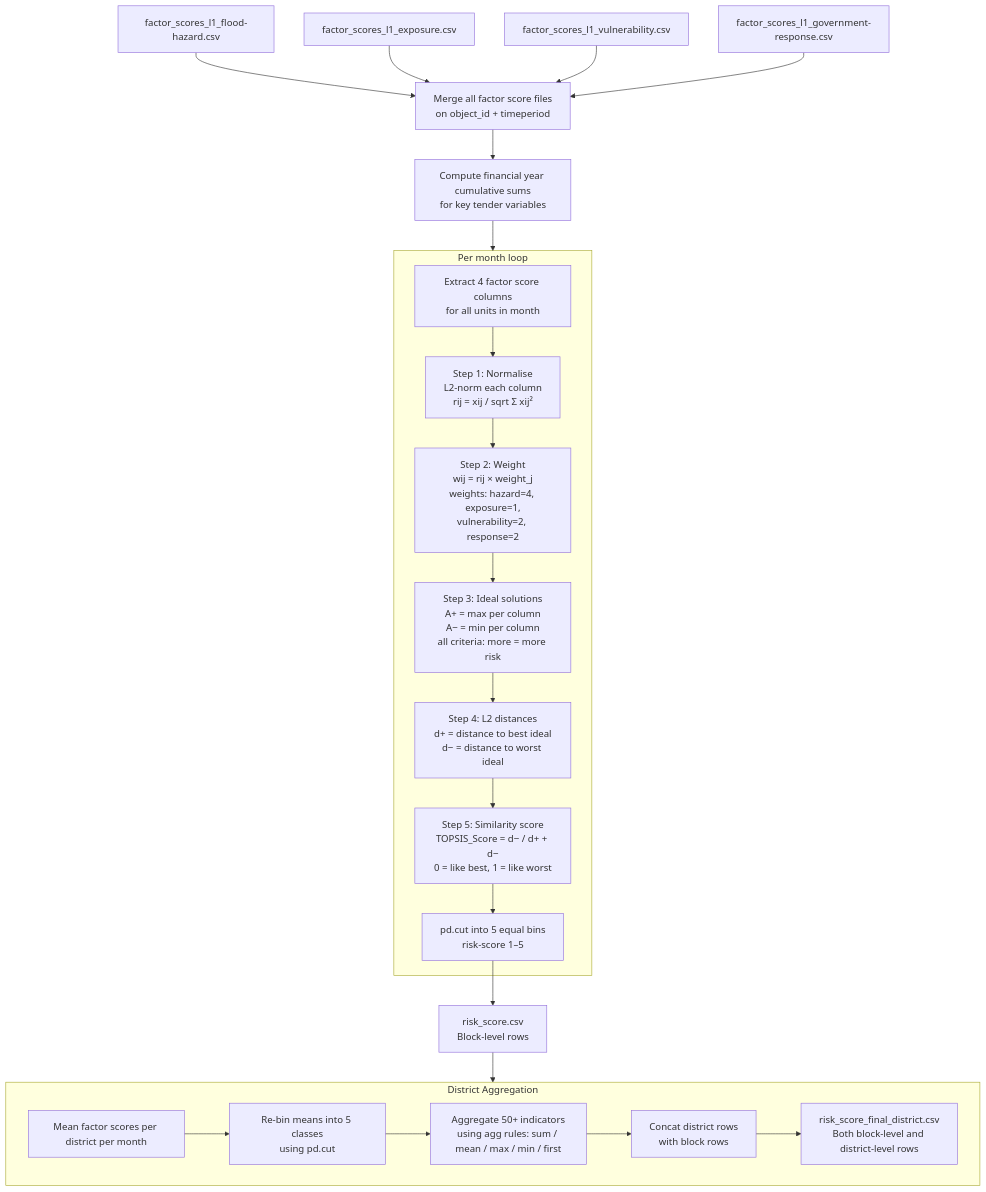
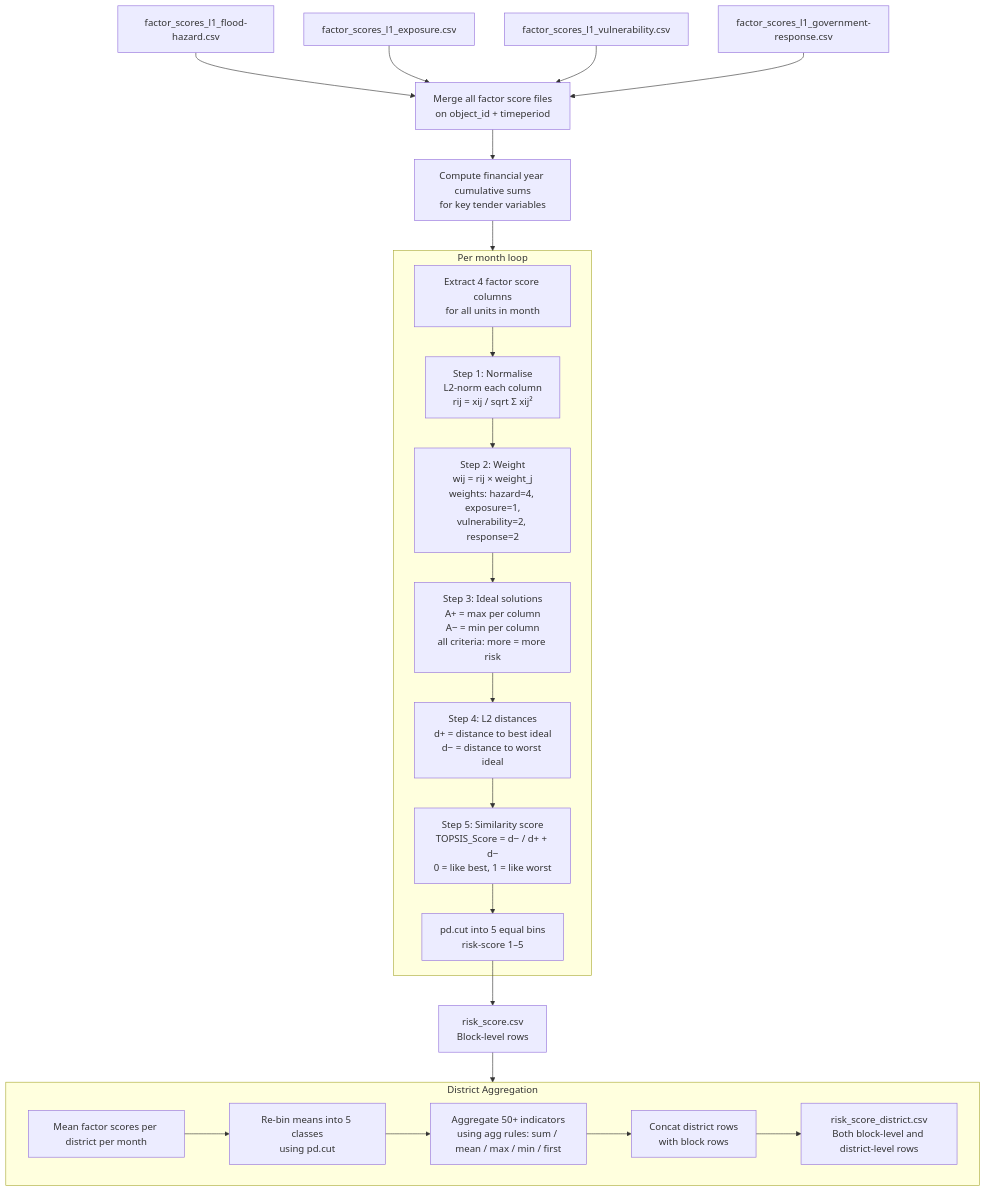
One commit to CivicDataLab/risk-score-model-generic changed the diagram in docs/topsis_risk_score.md. Above: the diagram before and after it, drawn with Mermaid. The commit also changed other lines of this file and 19 other files, not shown here.

````diff
--- a/docs/topsis_risk_score.md
+++ b/docs/topsis_risk_score.md
@@ -22,40 +22,40 @@
 ```mermaid
 flowchart TD
     A1[factor_scores_l1_flood-hazard.csv] --> M
     A2[factor_scores_l1_exposure.csv] --> M
     A3[factor_scores_l1_vulnerability.csv] --> M
     A4[factor_scores_l1_government-response.csv] --> M
 
     M[Merge all factor score files\non object_id + timeperiod] --> CS
 
     CS[Compute financial year cumulative sums\nfor key tender variables] --> LOOP
 
     subgraph LOOP["Per month loop"]
         LOOP1[Extract 4 factor score columns\nfor all units in month] --> T1
 
         T1[Step 1: Normalise\nL2-norm each column\nrij = xij / sqrt Σ xij²] --> T2
 
         T2[Step 2: Weight\nwij = rij × weight_j\nweights: hazard=4, exposure=1,\nvulnerability=2, response=2] --> T3
 
         T3[Step 3: Ideal solutions\nA+ = max per column\nA− = min per column\nall criteria: more = more risk] --> T4
 
         T4[Step 4: L2 distances\nd+ = distance to best ideal\nd− = distance to worst ideal] --> T5
 
         T5[Step 5: Similarity score\nTOPSIS_Score = d− / d+ + d−\n0 = like best, 1 = like worst] --> T6
 
         T6[pd.cut into 5 equal bins\nrisk-score 1–5]
     end
 
     T6 --> RS[risk_score.csv\nBlock-level rows]
 
     RS --> DA
 
     subgraph DA["District Aggregation"]
         DA1[Mean factor scores per district per month] --> DA2
         DA2[Re-bin means into 5 classes\nusing pd.cut] --> DA3
         DA3[Aggregate 50+ indicators\nusing agg rules: sum / mean / max / min / first] --> DA4
         DA4[Concat district rows\nwith block rows] --> FIN
     end
 
-    FIN[risk_score_final_district.csv\nBoth block-level and district-level rows]
+    FIN[risk_score_district.csv\nBoth block-level and district-level rows]
 ```
````
